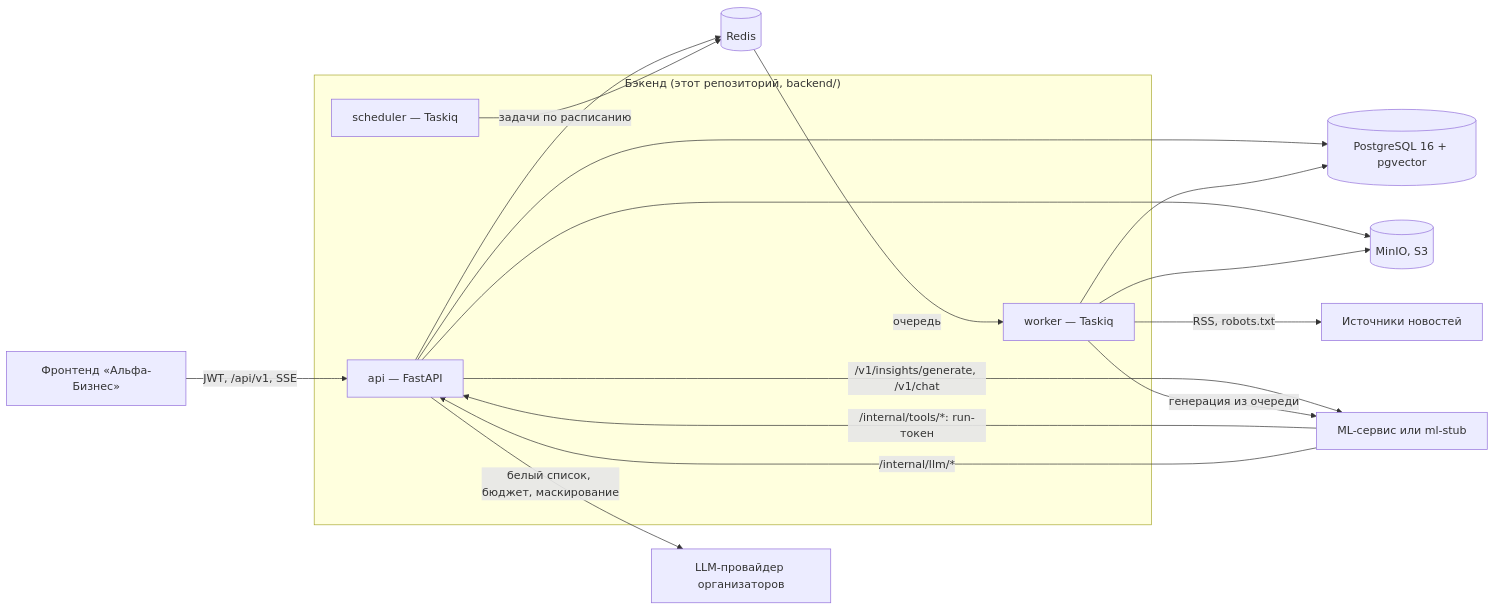
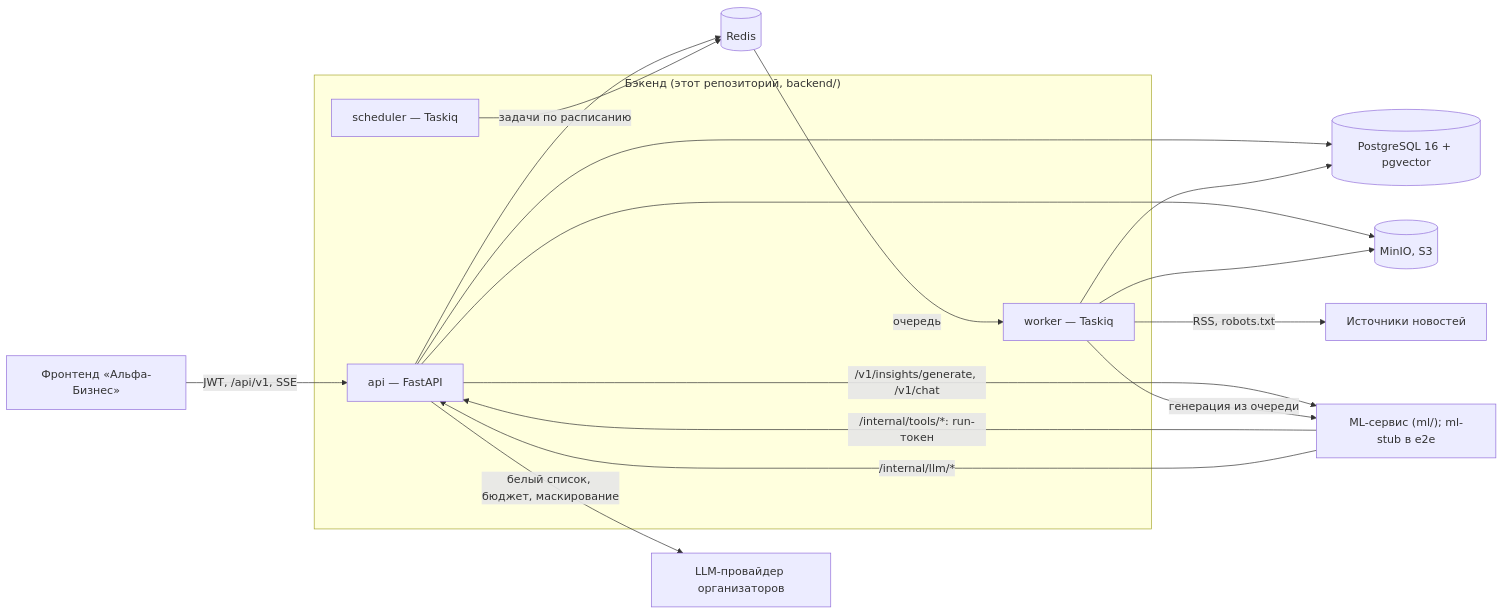
One commit to leksika1/alpha-hack changed the first of 3 diagrams in docs/ARCHITECTURE.md. Above: the diagram before and after it, drawn with Mermaid. The commit also changed other lines of this file and 4 other files, not shown here.

Commit message:
docs: README and architecture for the ML service, frontend and deploy; progress, backlog, changelog

````diff
--- a/docs/ARCHITECTURE.md
+++ b/docs/ARCHITECTURE.md
@@ -10,22 +10,22 @@
 ```mermaid
 flowchart LR
   FE["Фронтенд «Альфа-Бизнес»"] -->|"JWT, /api/v1, SSE"| API
   subgraph Backend["Бэкенд (этот репозиторий, backend/)"]
     API["api — FastAPI"]
     W["worker — Taskiq"]
     SCH["scheduler — Taskiq"]
   end
   API --> PG[("PostgreSQL 16 + pgvector")]
   API --> S3[("MinIO, S3")]
   API --> R[("Redis")]
   SCH -->|"задачи по расписанию"| R
   R -->|"очередь"| W
   W --> PG
   W --> S3
   W -->|"RSS, robots.txt"| NEWS["Источники новостей"]
-  API -->|"/v1/insights/generate, /v1/chat"| ML["ML-сервис или ml-stub"]
+  API -->|"/v1/insights/generate, /v1/chat"| ML["ML-сервис (ml/); ml-stub в e2e"]
   W -->|"генерация из очереди"| ML
   ML -->|"/internal/tools/*: run-токен"| API
   ML -->|"/internal/llm/*"| API
   API -->|"белый список, бюджет, маскирование"| LLM["LLM-провайдер организаторов"]
 ```
````
